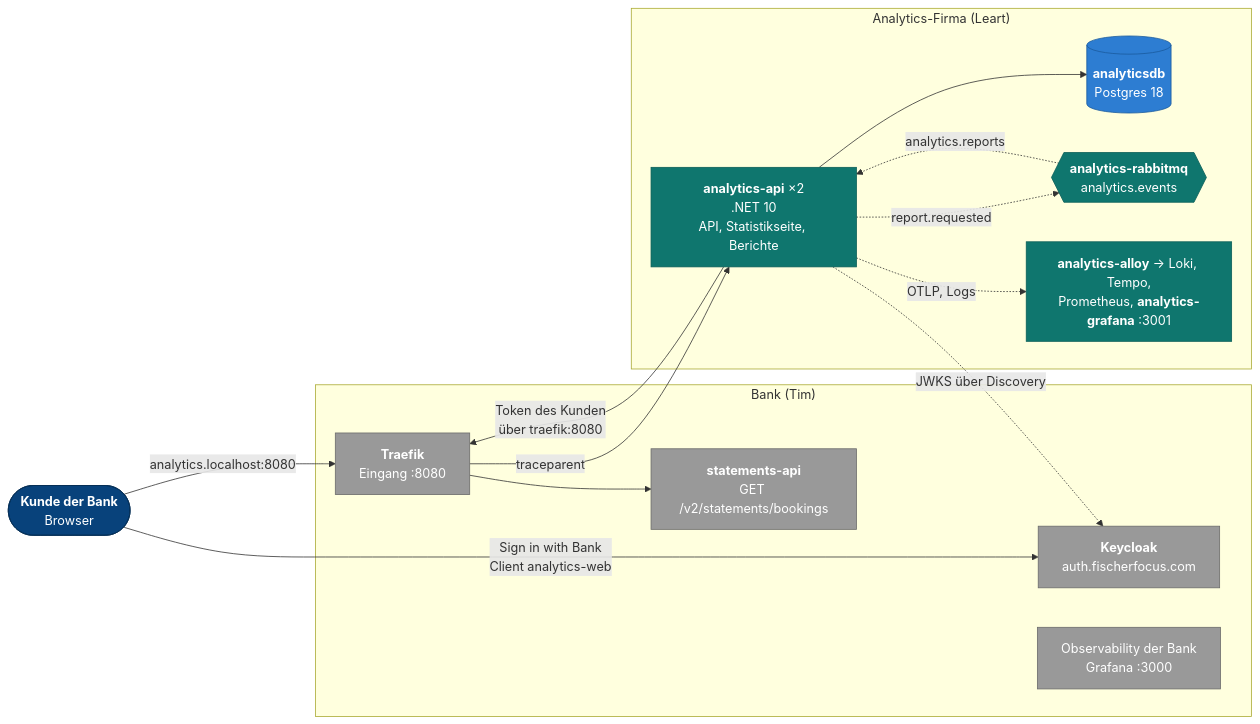
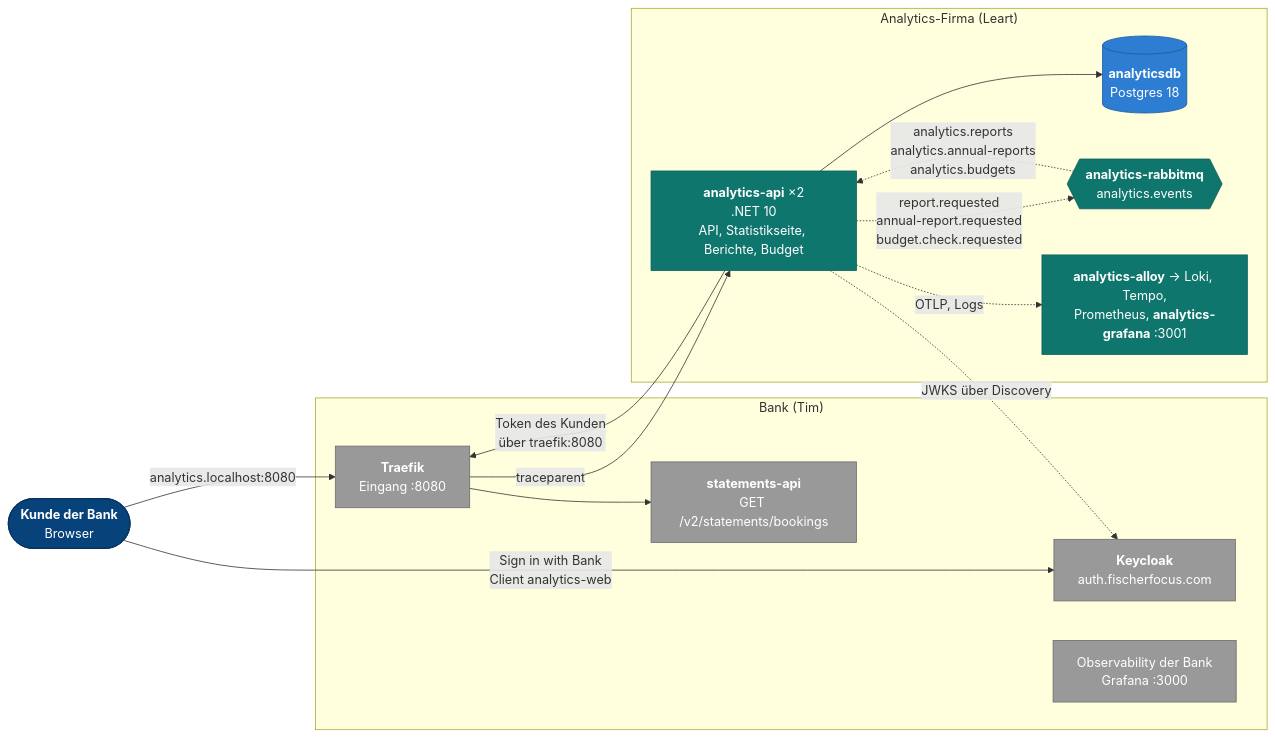
Before and after one commit to Leart165/321_leart: the first of 6 diagrams in docs/architecture.md, drawn with Mermaid. The commit also changed other lines of this file and 84 other files, not shown here.

````diff
--- a/docs/architecture.md
+++ b/docs/architecture.md
@@ -15,38 +15,38 @@
 ```mermaid
 flowchart LR
     kunde(["<b>Kunde der Bank</b><br/>Browser"])
 
     subgraph bank["Bank (Tim)"]
         traefik["<b>Traefik</b><br/>Eingang :8080"]
         kc["<b>Keycloak</b><br/>auth.fischerfocus.com"]
         stmt["<b>statements-api</b><br/>GET /v2/statements/bookings"]
         bobs["Observability der Bank<br/>Grafana :3000"]
     end
 
     subgraph partner["Analytics-Firma (Leart)"]
-        api["<b>analytics-api</b> ×2<br/>.NET 10<br/>API, Statistikseite, Berichte"]
+        api["<b>analytics-api</b> ×2<br/>.NET 10<br/>API, Statistikseite, Berichte, Budget"]
         db[("<b>analyticsdb</b><br/>Postgres 18")]
         amq{{"<b>analytics-rabbitmq</b><br/>analytics.events"}}
         obs["<b>analytics-alloy</b> → Loki, Tempo,<br/>Prometheus, <b>analytics-grafana</b> :3001"]
     end
 
     kunde -->|"Sign in with Bank<br/>Client analytics-web"| kc
     kunde -->|"analytics.localhost:8080"| traefik
     traefik -->|"traceparent"| api
     api -->|"Token des Kunden<br/>über traefik:8080"| traefik
     traefik --> stmt
     api -.->|"JWKS über Discovery"| kc
     api --> db
-    api -.->|"report.requested"| amq
-    amq -.->|"analytics.reports"| api
+    api -.->|"report.requested<br/>annual-report.requested<br/>budget.check.requested"| amq
+    amq -.->|"analytics.reports<br/>analytics.annual-reports<br/>analytics.budgets"| api
     api -.->|"OTLP, Logs"| obs
 
     classDef person fill:#08427b,stroke:#052e56,color:#ffffff
     classDef mine fill:#0f766e,stroke:#0b5f58,color:#ffffff
     classDef store fill:#2d7dd2,stroke:#1a5a9e,color:#ffffff
     classDef other fill:#999999,stroke:#6b6b6b,color:#ffffff
     class kunde person
     class api,amq,obs mine
     class db store
     class traefik,kc,stmt,bobs other
 ```
````
